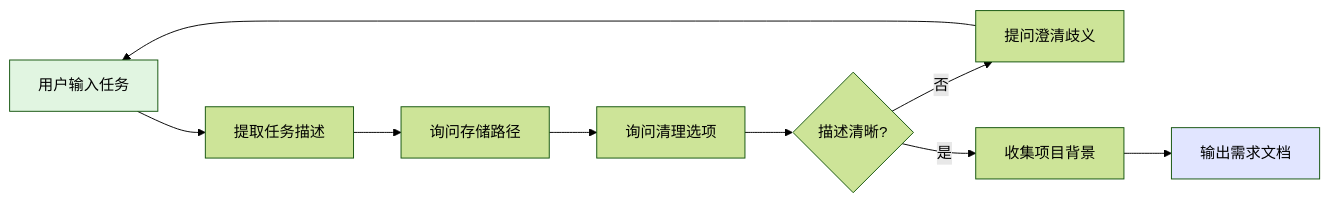
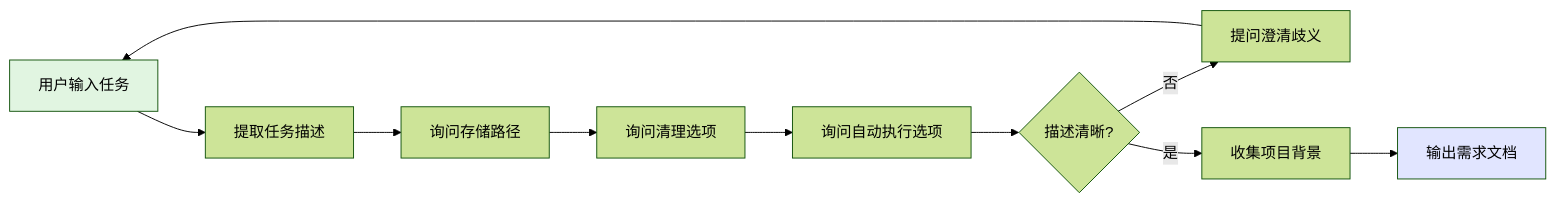
The third of 6 diagrams in agents/parallel-task-planner.md (JIA-ss/agents), drawn with Mermaid (forest theme) before and after one commit. The commit also changed other lines of this file and 5 other files, not shown here.

````diff
--- a/agents/parallel-task-planner.md
+++ b/agents/parallel-task-planner.md
@@ -86,14 +93,15 @@
 ```mermaid
 flowchart LR
     Input[用户输入任务] --> Extract[提取任务描述]
     Extract --> AskPath[询问存储路径]
     AskPath --> AskCleanup[询问清理选项]
-    AskCleanup --> Clarify{描述清晰?}
+    AskCleanup --> AskAuto[询问自动执行选项]
+    AskAuto --> Clarify{描述清晰?}
     Clarify -->|否| Question[提问澄清歧义]
     Question --> Input
     Clarify -->|是| Collect[收集项目背景]
     Collect --> Output[输出需求文档]
 
     style Input fill:#e1f5e1
     style Output fill:#e1e5ff
 ```
````
